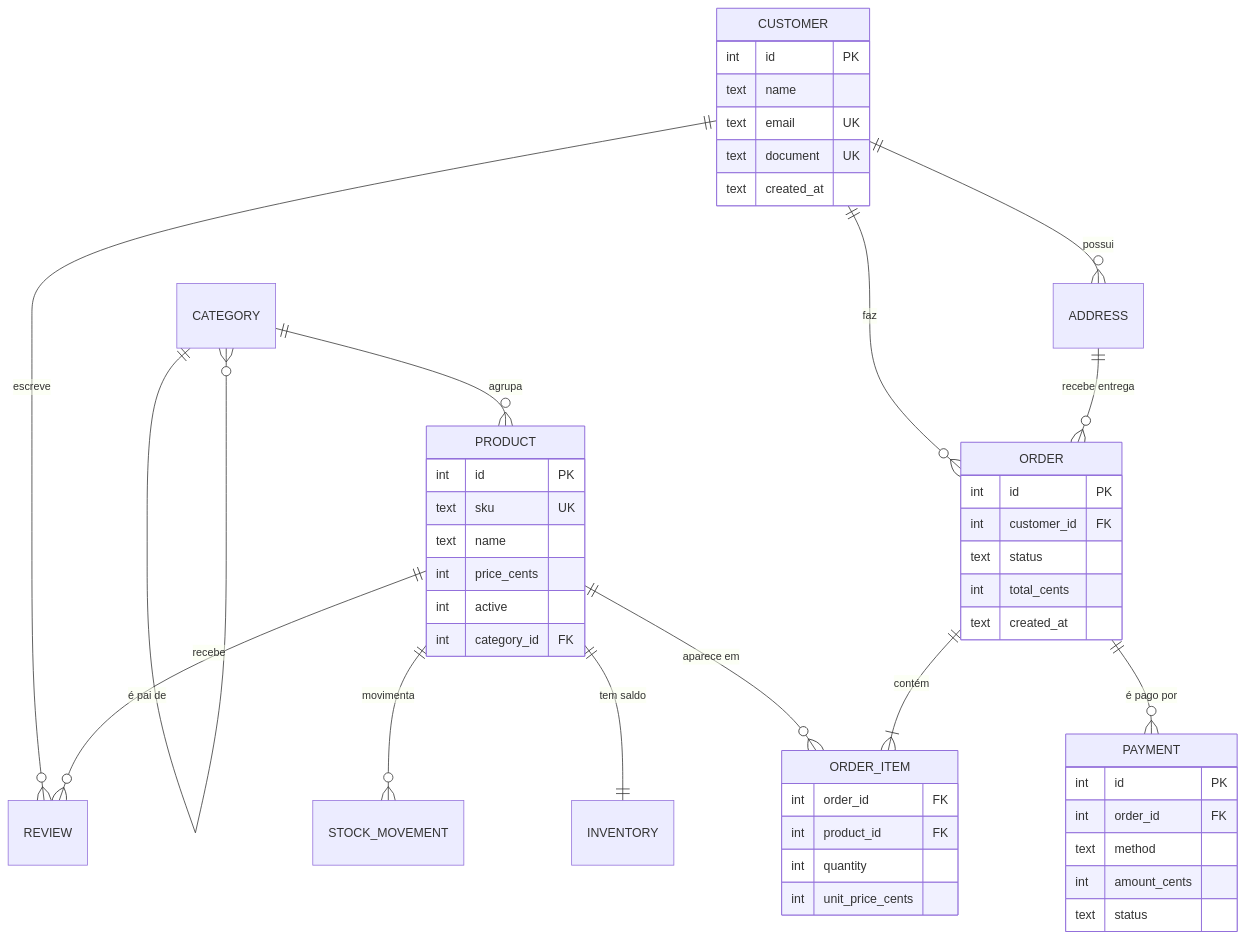
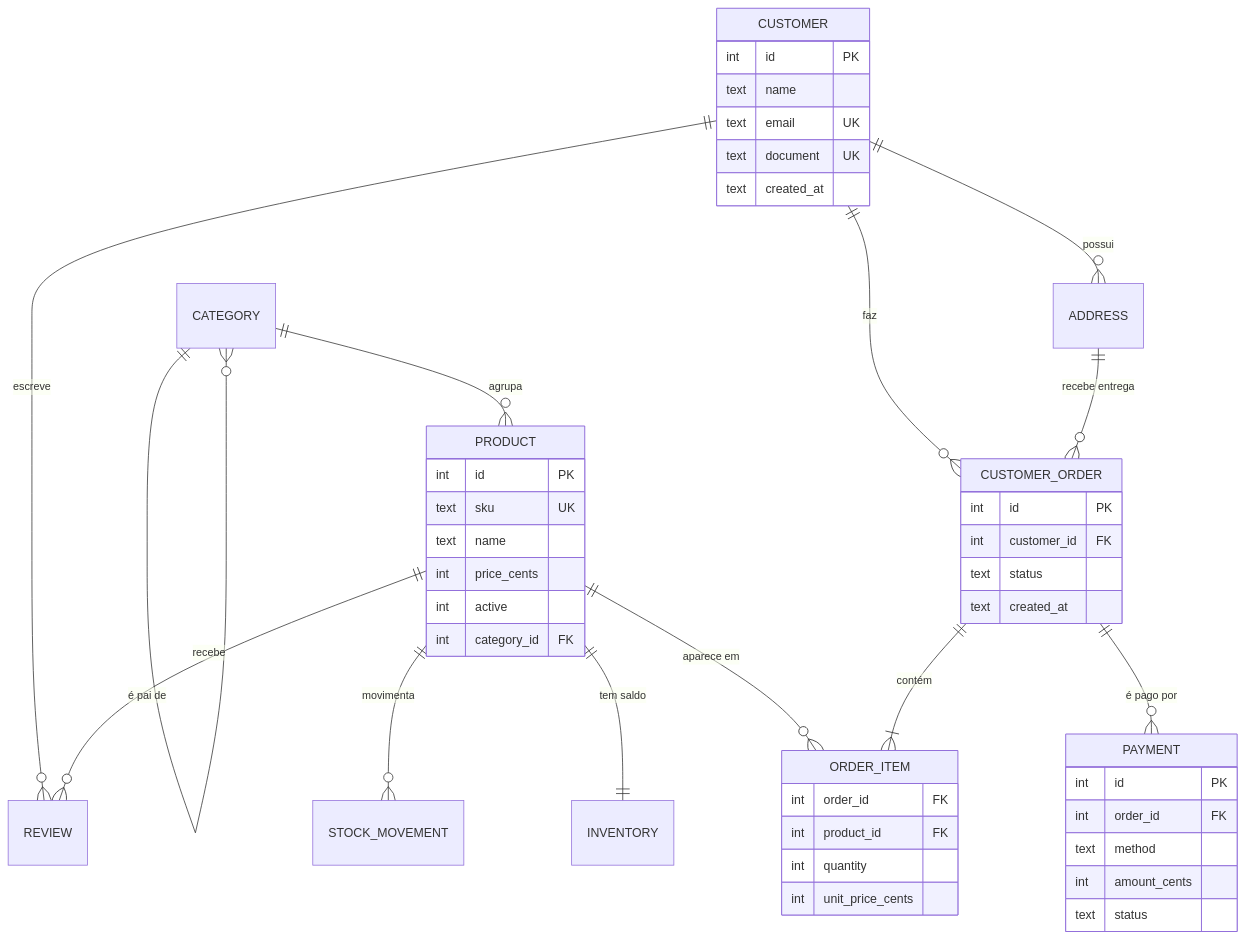
One commit to GustavoThe01/mercurium-sql changed the first of 2 diagrams in README.md. Above: the diagram before and after it, drawn with Mermaid. The commit also changed other lines of this file and 4 other files, not shown here.

````diff
--- a/README.md
+++ b/README.md
@@ -114,51 +114,50 @@
 ```mermaid
 erDiagram
     CUSTOMER ||--o{ ADDRESS : "possui"
-    CUSTOMER ||--o{ ORDER : "faz"
+    CUSTOMER ||--o{ CUSTOMER_ORDER : "faz"
     CUSTOMER ||--o{ REVIEW : "escreve"
     CATEGORY ||--o{ CATEGORY : "é pai de"
     CATEGORY ||--o{ PRODUCT : "agrupa"
     PRODUCT ||--|| INVENTORY : "tem saldo"
     PRODUCT ||--o{ STOCK_MOVEMENT : "movimenta"
     PRODUCT ||--o{ ORDER_ITEM : "aparece em"
     PRODUCT ||--o{ REVIEW : "recebe"
-    ORDER ||--|{ ORDER_ITEM : "contém"
-    ORDER ||--o{ PAYMENT : "é pago por"
-    ADDRESS ||--o{ ORDER : "recebe entrega"
+    CUSTOMER_ORDER ||--|{ ORDER_ITEM : "contém"
+    CUSTOMER_ORDER ||--o{ PAYMENT : "é pago por"
+    ADDRESS ||--o{ CUSTOMER_ORDER : "recebe entrega"
 
     CUSTOMER {
         int id PK
         text name
         text email UK
         text document UK
         text created_at
     }
     PRODUCT {
         int id PK
         text sku UK
         text name
         int price_cents
         int active
         int category_id FK
     }
-    ORDER {
+    CUSTOMER_ORDER {
         int id PK
         int customer_id FK
         text status
-        int total_cents
         text created_at
     }
     ORDER_ITEM {
         int order_id FK
         int product_id FK
         int quantity
         int unit_price_cents
     }
     PAYMENT {
         int id PK
         int order_id FK
         text method
         int amount_cents
         text status
     }
 ```
````
